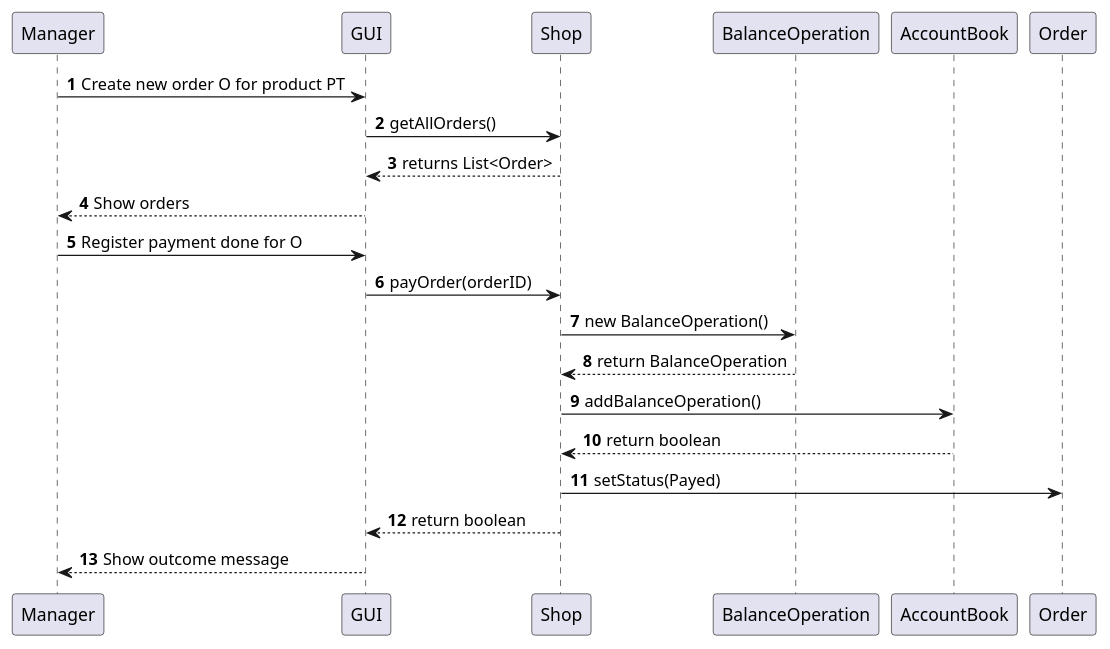
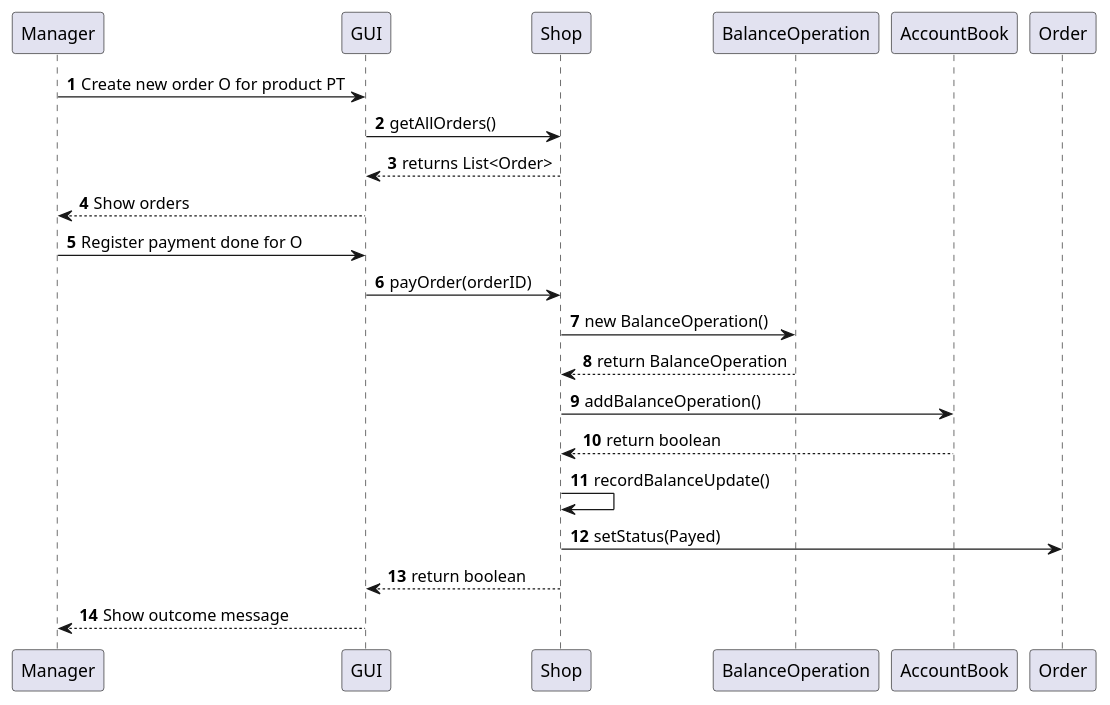
Before and after one commit to Stormz4/group20-EzShop: the tenth of 23 diagrams in Deliverables/DesignDocument.md, drawn with PlantUML. The commit also changed other lines of this file, not shown here.

````diff
--- a/Deliverables/DesignDocument.md
+++ b/Deliverables/DesignDocument.md
@@ -454,18 +432,19 @@
 ```plantuml
 @startuml
 autonumber
 Manager -> GUI: Create new order O for product PT
 GUI -> Shop: getAllOrders()
 Shop --> GUI: returns List<Order>
 GUI --> Manager: Show orders
 Manager -> GUI: Register payment done for O
 GUI -> Shop: payOrder(orderID)
 Shop -> BalanceOperation: new BalanceOperation()
 BalanceOperation --> Shop: return BalanceOperation
 Shop -> AccountBook: addBalanceOperation()
 AccountBook --> Shop: return boolean
+Shop -> Shop: recordBalanceUpdate()
 Shop -> Order: setStatus(Payed)
 Shop --> GUI: return boolean
 GUI --> Manager: Show outcome message
 @enduml
 ```   
````
